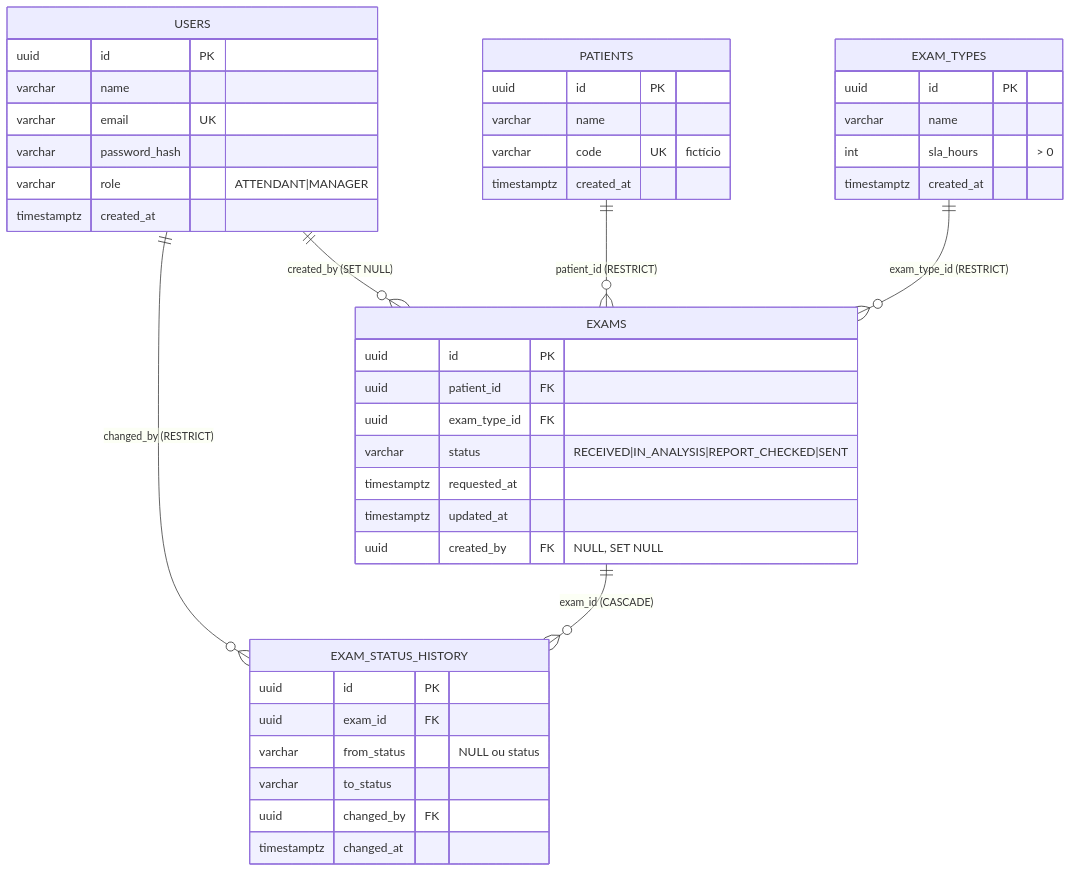
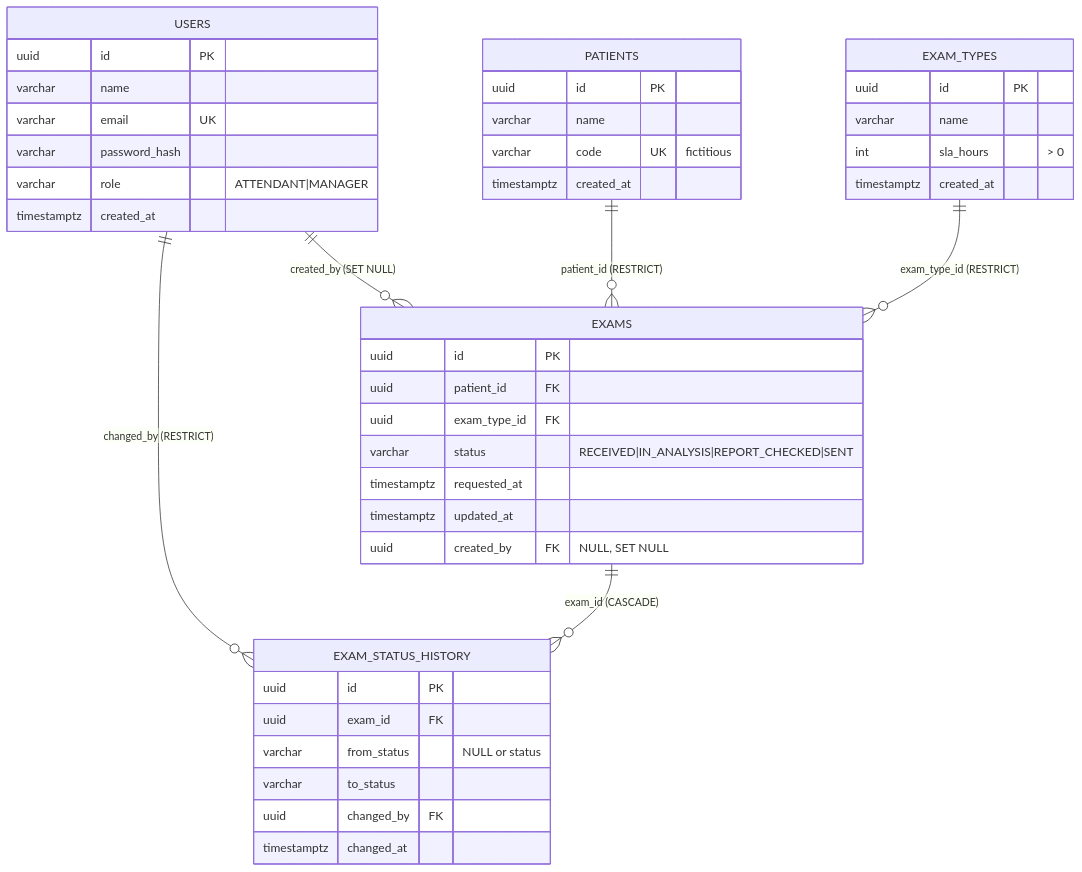
Before and after one commit to Lucas-l0pe5/gestor-exames: the diagram in DATABASE_SCHEMA_VALIDATION.md, drawn with Mermaid. The commit also changed other lines of this file and 2 other files, not shown here.

Commit message:
docs(db): traduz documentacao de validacao do schema para ingles e atualiza .gitignore

````diff
--- a/DATABASE_SCHEMA_VALIDATION.md
+++ b/DATABASE_SCHEMA_VALIDATION.md
@@ -111,50 +111,50 @@
 ```mermaid
 erDiagram
     USERS ||--o{ EXAMS : "created_by (SET NULL)"
     USERS ||--o{ EXAM_STATUS_HISTORY : "changed_by (RESTRICT)"
     PATIENTS ||--o{ EXAMS : "patient_id (RESTRICT)"
     EXAM_TYPES ||--o{ EXAMS : "exam_type_id (RESTRICT)"
     EXAMS ||--o{ EXAM_STATUS_HISTORY : "exam_id (CASCADE)"
 
     USERS {
         uuid id PK
         varchar name
         varchar email UK
         varchar password_hash
         varchar role "ATTENDANT|MANAGER"
         timestamptz created_at
     }
 
     PATIENTS {
         uuid id PK
         varchar name
-        varchar code UK "fictício"
+        varchar code UK "fictitious"
         timestamptz created_at
     }
 
     EXAM_TYPES {
         uuid id PK
         varchar name
         int sla_hours "> 0"
         timestamptz created_at
     }
 
     EXAMS {
         uuid id PK
         uuid patient_id FK
         uuid exam_type_id FK
         varchar status "RECEIVED|IN_ANALYSIS|REPORT_CHECKED|SENT"
         timestamptz requested_at
         timestamptz updated_at
         uuid created_by FK "NULL, SET NULL"
     }
 
     EXAM_STATUS_HISTORY {
         uuid id PK
         uuid exam_id FK
-        varchar from_status "NULL ou status"
+        varchar from_status "NULL or status"
         varchar to_status
         uuid changed_by FK
         timestamptz changed_at
     }
 ```
````
